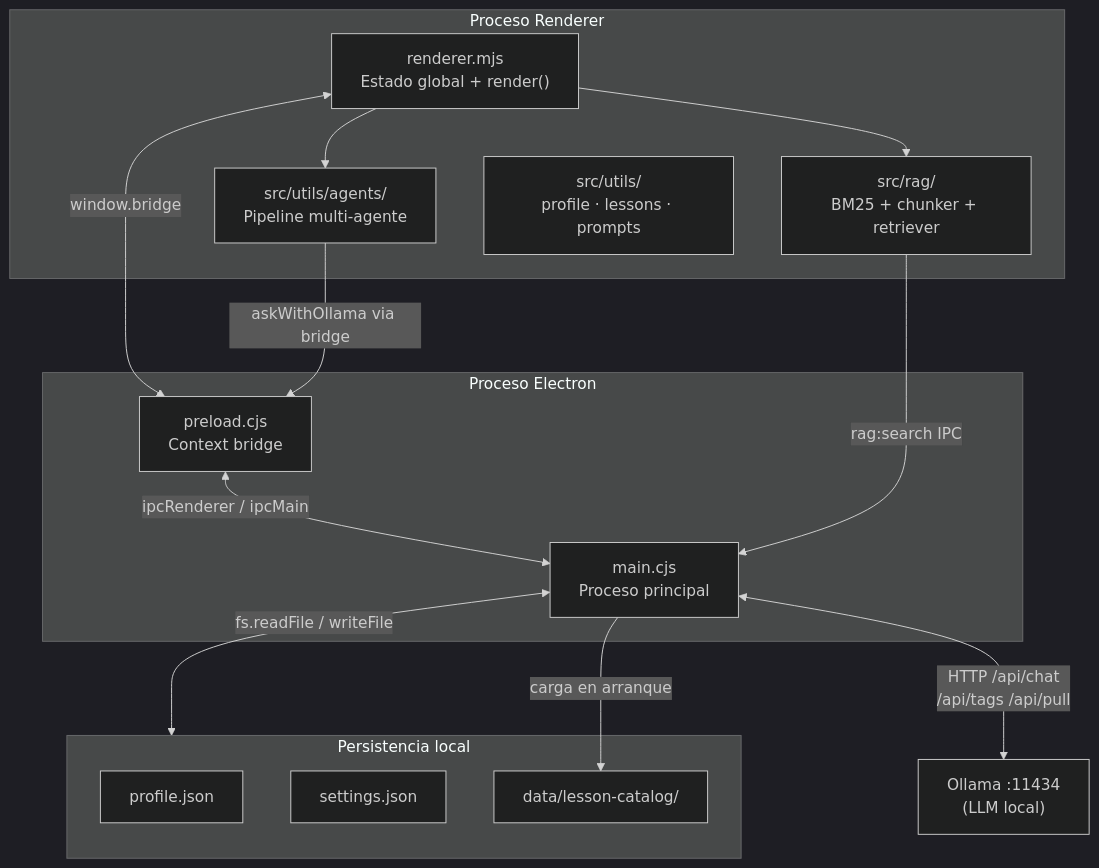
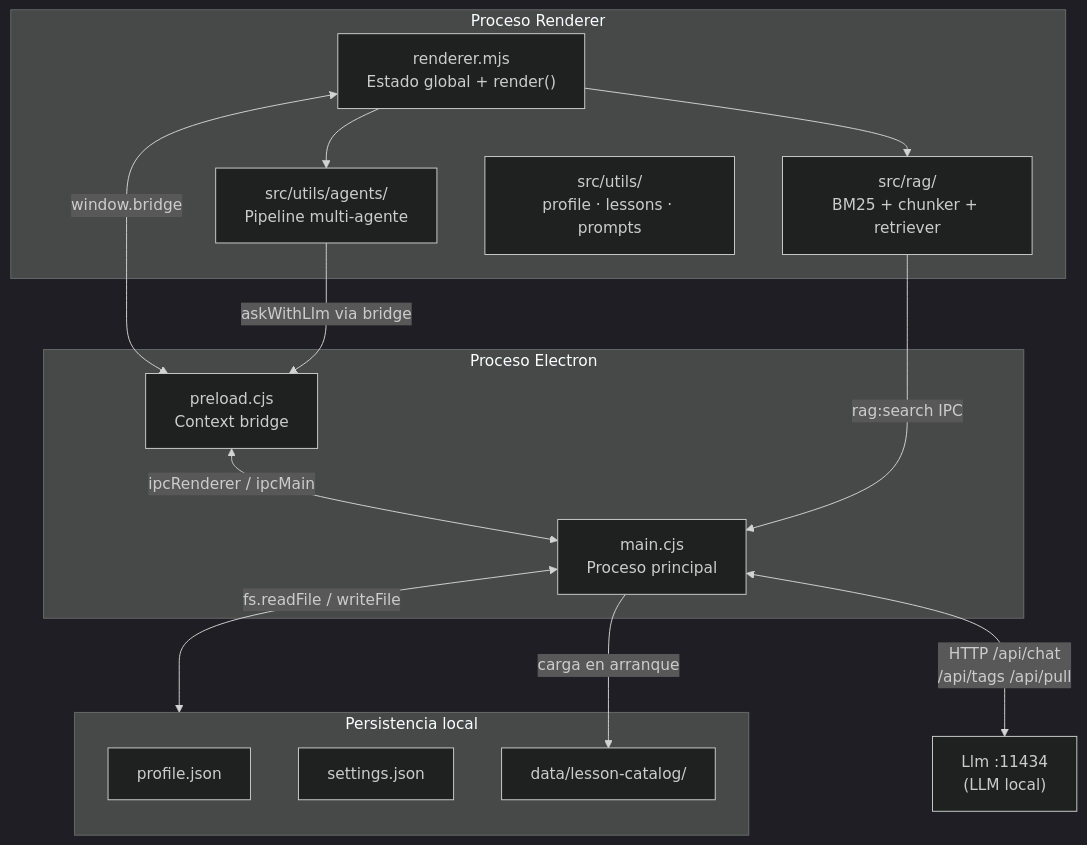
The first of 25 diagrams in README.md (davidalejandro04/MiCuadernoApp), drawn with Mermaid (dark theme) before and after one commit. The commit also changed other lines of this file and 22 other files, not shown here.

First line of the commit message:
Add agent docs and rename Ollama → Llm

````diff
--- a/README.md
+++ b/README.md
@@ -46,32 +46,32 @@
 ```mermaid
 graph TD
     subgraph Electron["Proceso Electron"]
         MAIN["main.cjs\nProceso principal"]
         PRELOAD["preload.cjs\nContext bridge"]
     end
 
     subgraph Renderer["Proceso Renderer"]
         REND["renderer.mjs\nEstado global + render()"]
         AGENTS["src/utils/agents/\nPipeline multi-agente"]
         RAG_MOD["src/rag/\nBM25 + chunker + retriever"]
         UTILS["src/utils/\nprofile · lessons · prompts"]
     end
 
     subgraph Storage["Persistencia local"]
         PROFILE["profile.json"]
         SETTINGS["settings.json"]
         CATALOG["data/lesson-catalog/"]
     end
 
-    OLLAMA["Ollama :11434\n(LLM local)"]
+    OLLAMA["Llm :11434\n(LLM local)"]
 
     REND <-->|window.bridge| PRELOAD
     PRELOAD <-->|ipcRenderer / ipcMain| MAIN
     MAIN <-->|HTTP /api/chat\n/api/tags /api/pull| OLLAMA
     MAIN <-->|fs.readFile / writeFile| Storage
     MAIN -->|carga en arranque| CATALOG
     REND --> AGENTS
     REND --> RAG_MOD
-    AGENTS -->|askWithOllama via bridge| PRELOAD
+    AGENTS -->|askWithLlm via bridge| PRELOAD
     RAG_MOD -->|rag:search IPC| MAIN
 ```
````
